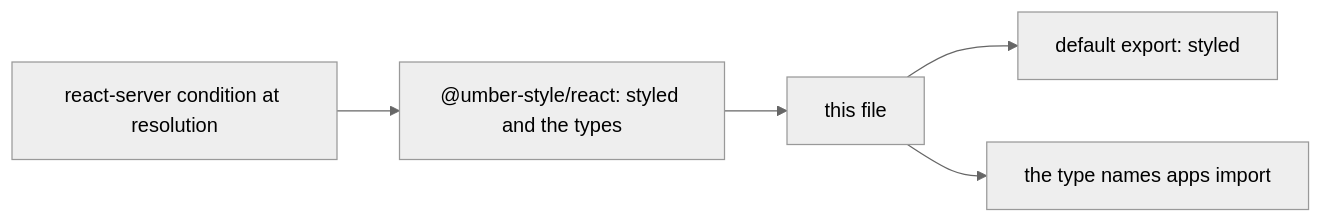
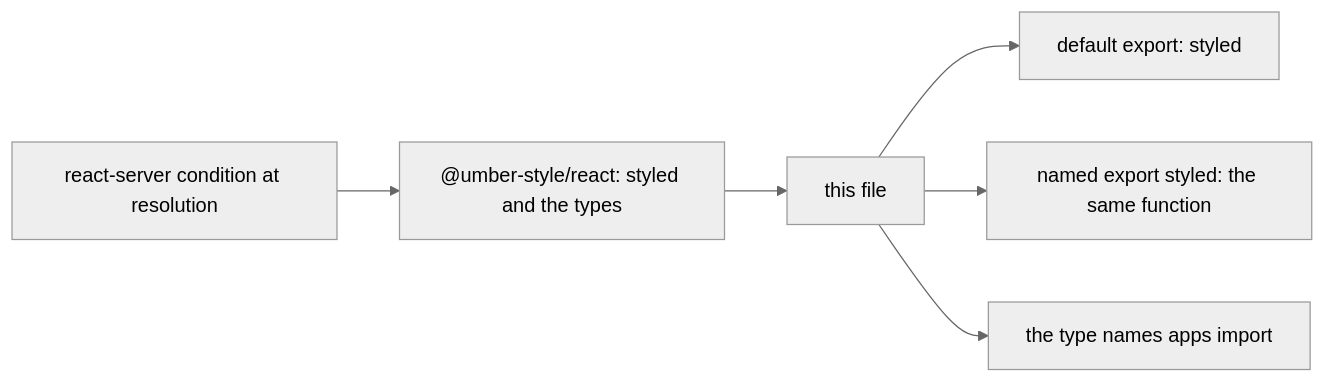
One commit to soroush-tech/umber-style changed the diagram in packages/styled/src/index.md. Above: the diagram before and after it, drawn with Mermaid (neutral theme). The commit also changed other lines of this file and 23 other files, not shown here.

Commit message:
feat: every entry with a default export also exports that function by name, so a library with a CommonJS build can import it - #52

````diff
--- a/packages/styled/src/index.md
+++ b/packages/styled/src/index.md
@@ -17,7 +18,8 @@
 ```mermaid
 flowchart LR
   react["@umber-style/react: styled and the types"] --> entry["this file"]
   entry --> def["default export: styled"]
+  entry --> named["named export styled: the same function"]
   entry --> types["the type names apps import"]
   cond["react-server condition at resolution"] --> react
 ```
````
